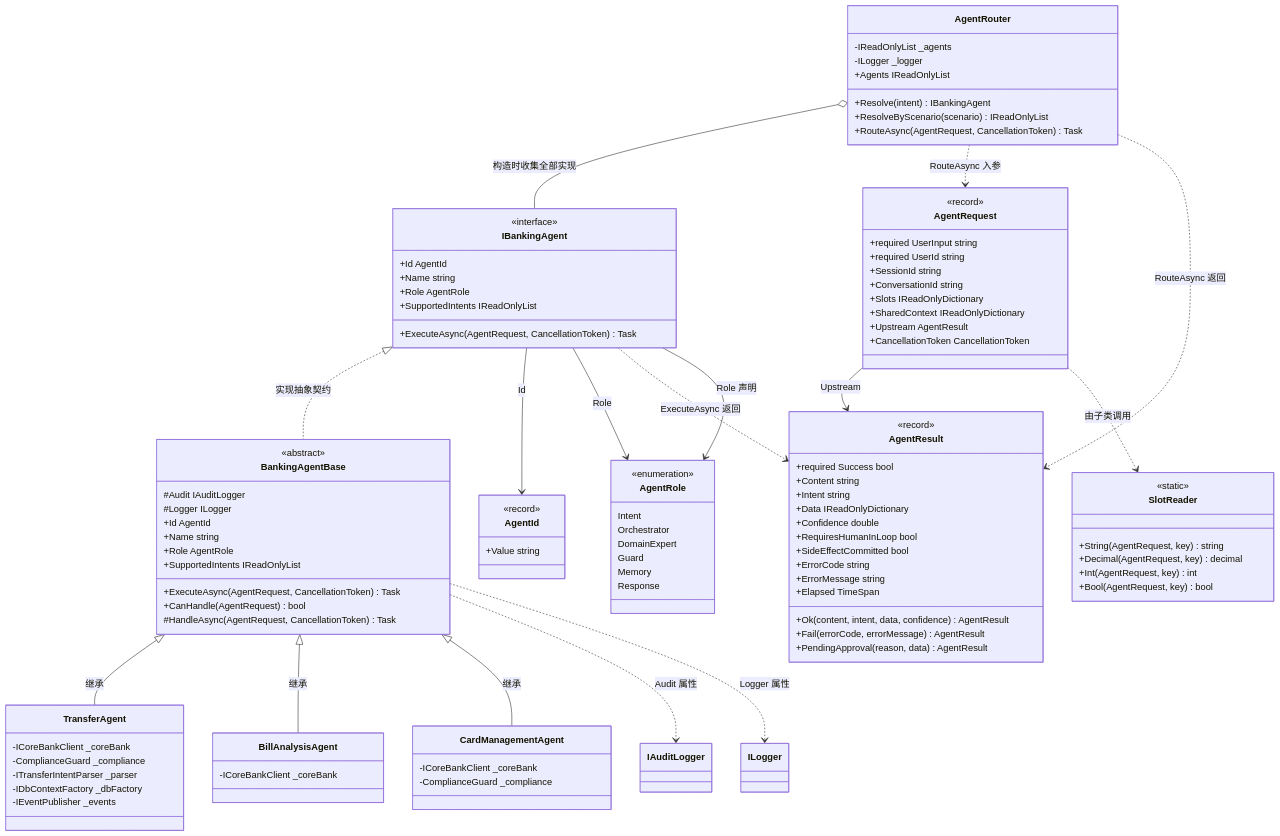
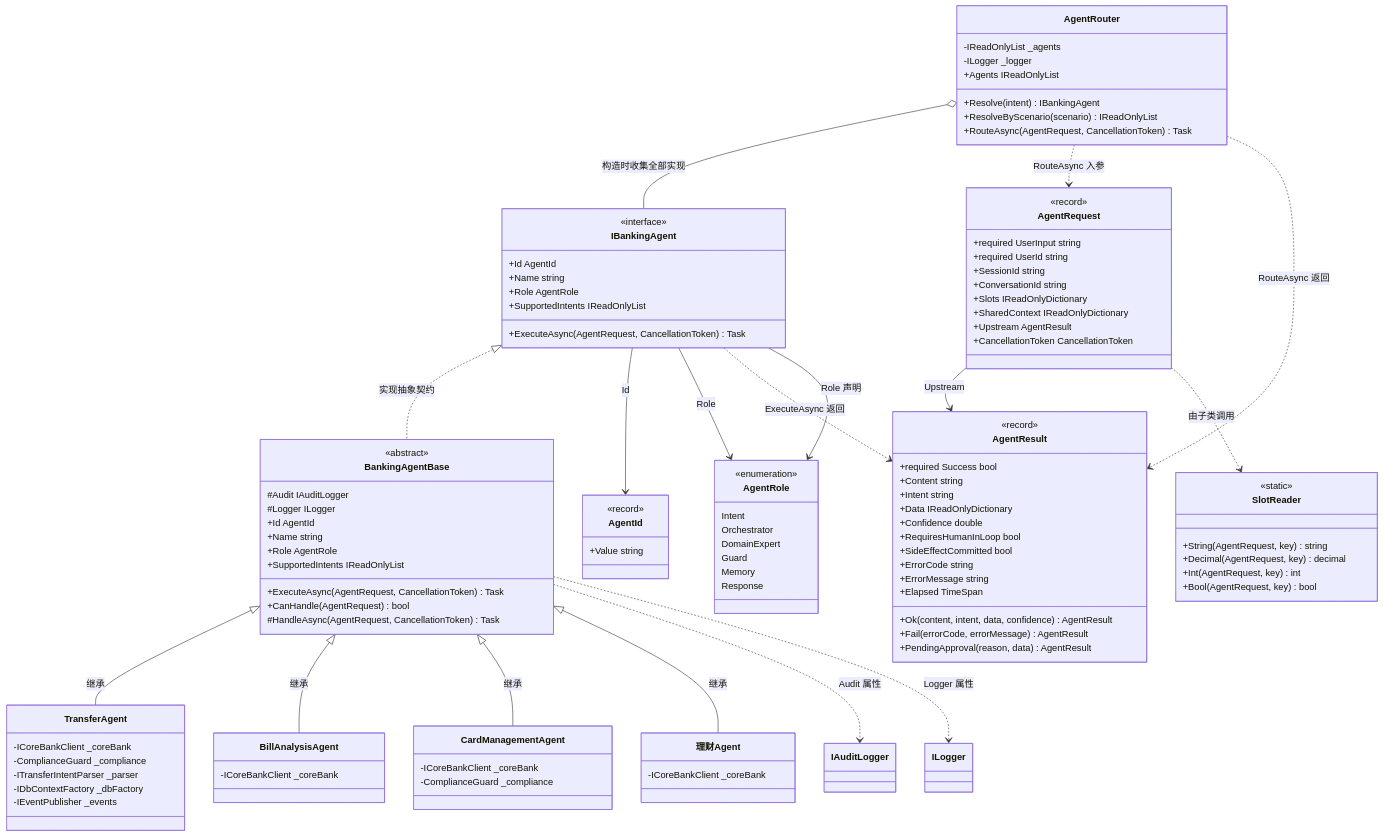
One commit to seevwis43825/ATM changed the fifth of 12 diagrams in docs/09-uml/01-uml-diagrams.md. Above: the diagram before and after it, drawn with Mermaid. The commit also changed other lines of this file and 10 other files, not shown here.

```diff
--- a/docs/09-uml/01-uml-diagrams.md
+++ b/docs/09-uml/01-uml-diagrams.md
@@ -549,10 +568,15 @@
         -ComplianceGuard _compliance
     }
 
+    class 理财Agent {
+        -ICoreBankClient _coreBank
+    }
+
     IBankingAgent <|.. BankingAgentBase : 实现抽象契约
     BankingAgentBase <|-- TransferAgent : 继承
     BankingAgentBase <|-- BillAnalysisAgent : 继承
     BankingAgentBase <|-- CardManagementAgent : 继承
+    BankingAgentBase <|-- 理财Agent : 继承
 
     IBankingAgent --> AgentId : Id
     IBankingAgent --> AgentRole : Role
```
